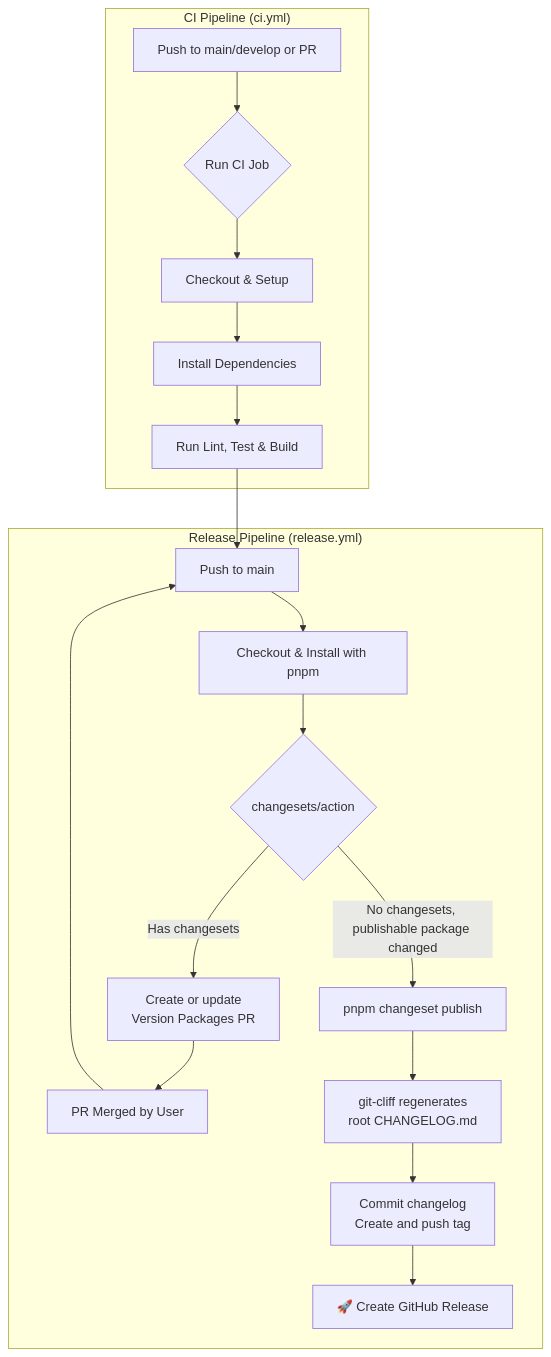
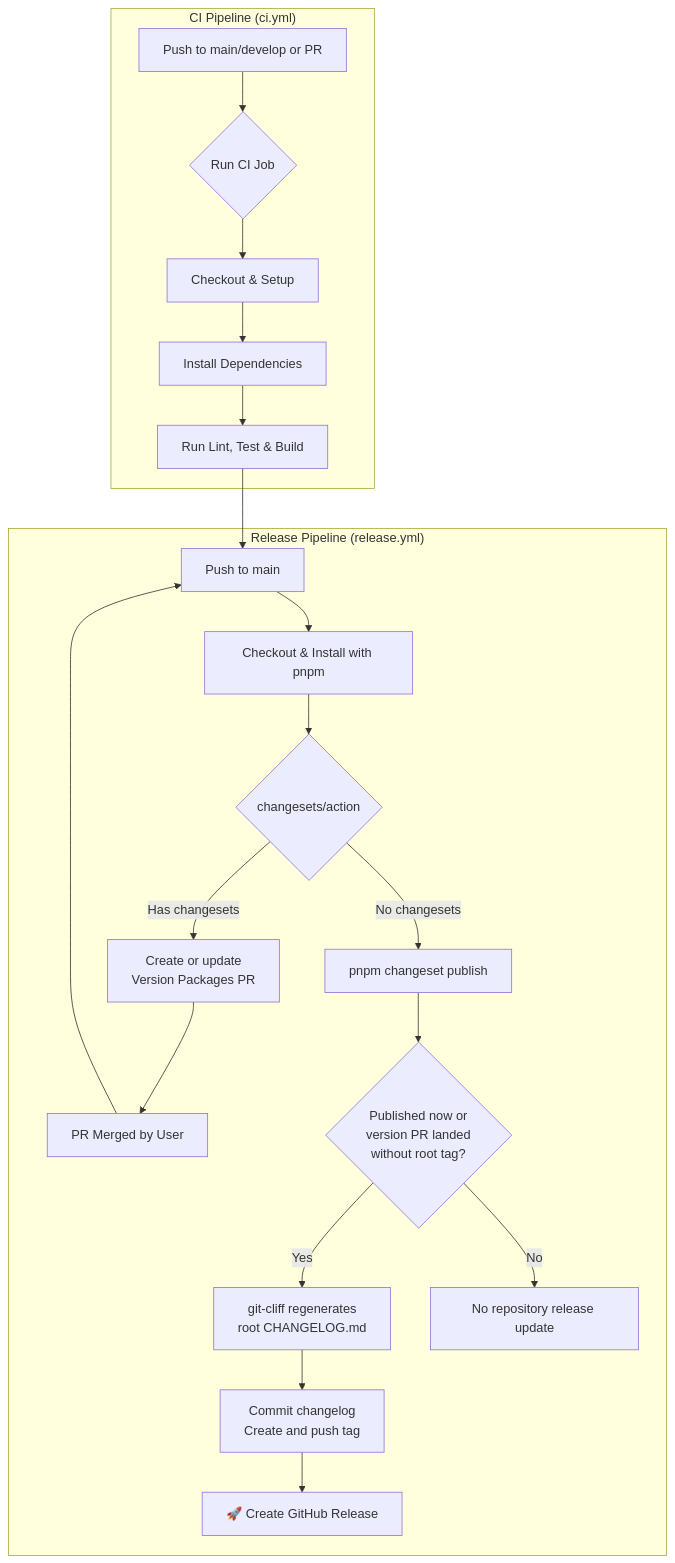
Before and after one commit to ClinWise/release-scribe: the diagram in README.md, drawn with Mermaid. The commit also changed other lines of this file and 1 other file, not shown here.

Commit message:
fix(release): finalize repository releases after version PR merges (#14)
Detect release PR merge ranges separately from package publish success.
Allow the workflow to complete the root changelog, tag, and GitHub Release
when the version PR landed but the package version already exists.

````diff
--- a/README.md
+++ b/README.md
@@ -76,24 +78,26 @@
 ```mermaid
 graph TD
     subgraph "CI Pipeline (ci.yml)"
         A[Push to main/develop or PR] --> B{Run CI Job};
         B --> C[Checkout & Setup];
         C --> D[Install Dependencies];
         D --> E[Run Lint, Test & Build];
     end
 
     subgraph "Release Pipeline (release.yml)"
         F[Push to main] --> G[Checkout & Install with pnpm];
         G --> H{changesets/action};
         H -- Has changesets --> I["Create or update<br/>Version Packages PR"];
         I --> J[PR Merged by User];
 
-        H -- No changesets, publishable package changed --> K["pnpm changeset publish"];
-        K --> L["git-cliff regenerates<br/>root CHANGELOG.md"];
-        L --> M["Commit changelog<br/>Create and push tag"];
-        M --> N[🚀 Create GitHub Release];
+        H -- No changesets --> K["pnpm changeset publish"];
+        K --> L{"Published now or<br/>version PR landed<br/>without root tag?"};
+        L -- Yes --> M["git-cliff regenerates<br/>root CHANGELOG.md"];
+        L -- No --> O["No repository release update"];
+        M --> P["Commit changelog<br/>Create and push tag"];
+        P --> N[🚀 Create GitHub Release];
     end
 
     E --> F;
     J --> F;
 ```
````
